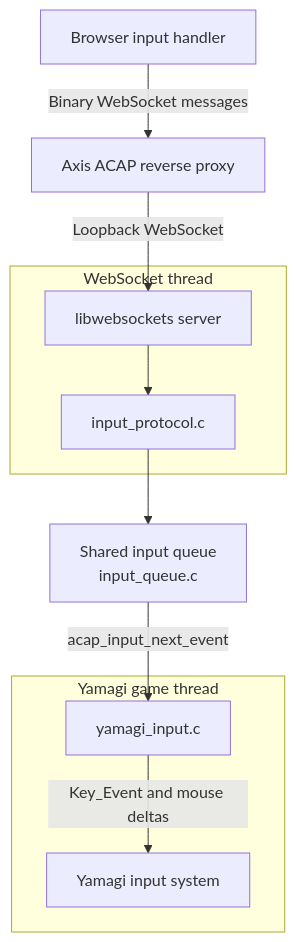
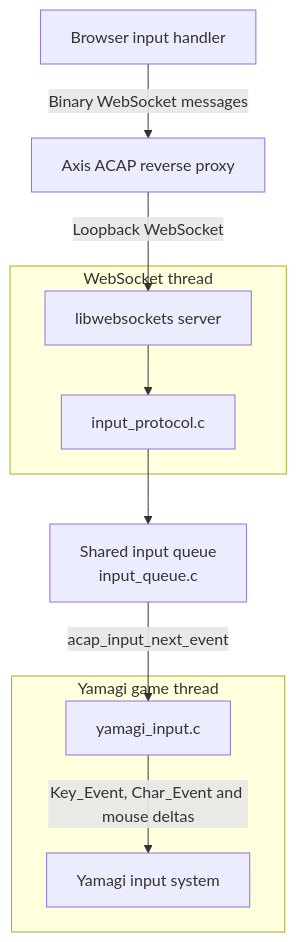
One commit to ErikMN/acap_quake2 changed the fifth of 5 diagrams in docs/ARCHITECTURE.md. Above: the diagram before and after it, drawn with Mermaid. The commit also changed other lines of this file and 5 other files, not shown here.

````diff
--- a/docs/ARCHITECTURE.md
+++ b/docs/ARCHITECTURE.md
@@ -442,24 +442,24 @@
 ```mermaid
 flowchart TD
     Browser[Browser input handler]
     Proxy[Axis ACAP reverse proxy]
 
     subgraph WS[WebSocket thread]
         Socket[libwebsockets server]
         Decode[input_protocol.c]
     end
 
     subgraph Game[Yamagi game thread]
         Adapter[yamagi_input.c]
         Yamagi[Yamagi input system]
     end
 
     Queue[Shared input queue<br/>input_queue.c]
 
     Browser -->|Binary WebSocket messages| Proxy
     Proxy -->|Loopback WebSocket| Socket
     Socket --> Decode
     Decode --> Queue
     Queue -->|acap_input_next_event| Adapter
-    Adapter -->|Key_Event and mouse deltas| Yamagi
+    Adapter -->|Key_Event, Char_Event and mouse deltas| Yamagi
 ```
````
